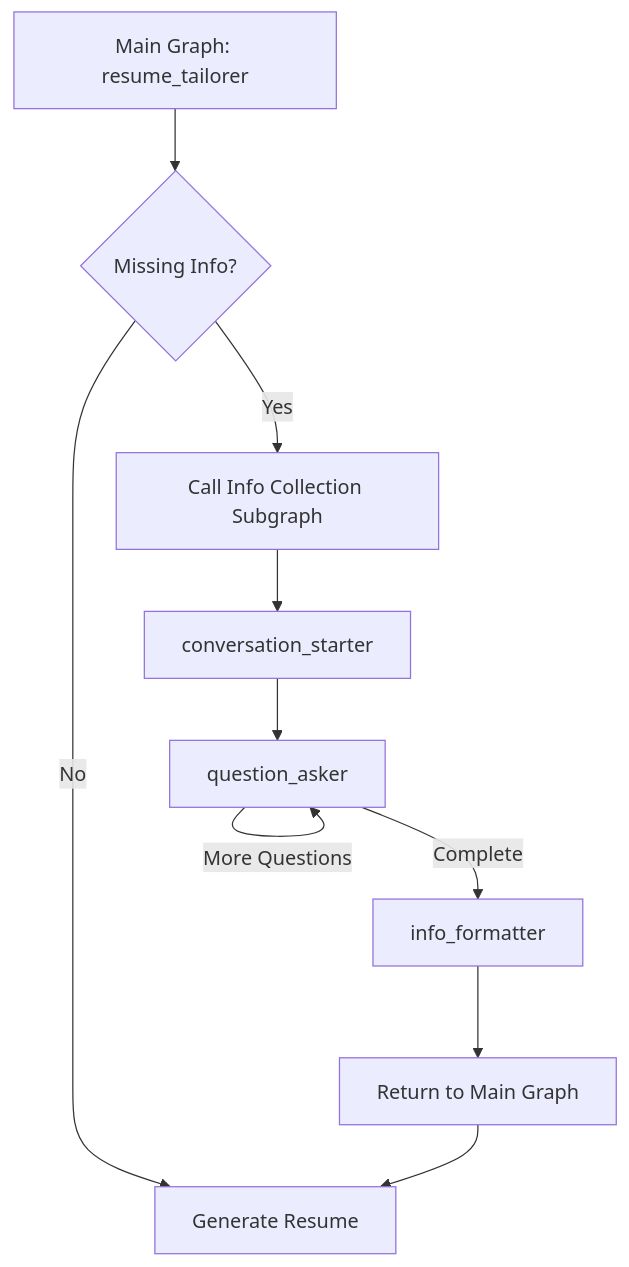
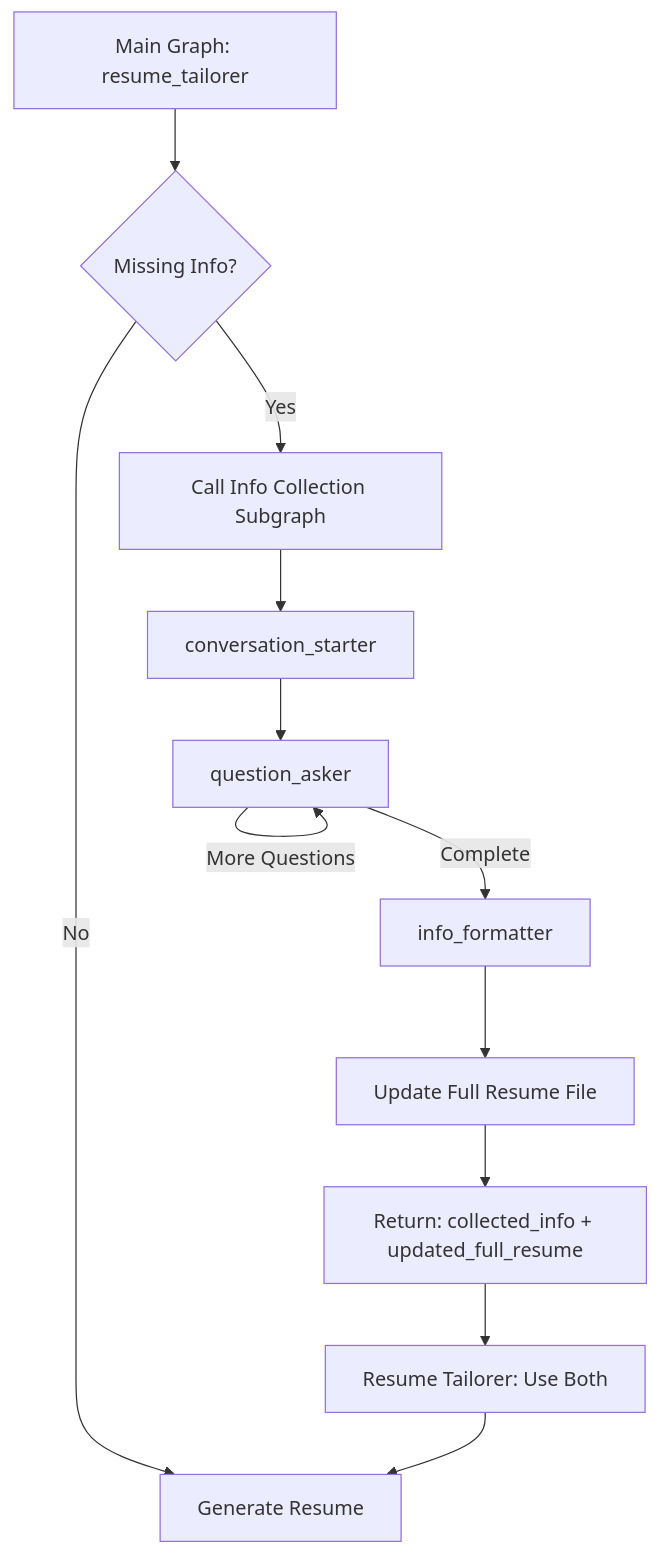
One commit to fjnoyp/resume_tailoring changed the diagram in docs/subgraph_architecture.md. Above: the diagram before and after it, drawn with Mermaid. The commit also changed other lines of this file and 8 other files, not shown here.

Commit message:
feat: refactor info collection to update full resume

````diff
--- a/docs/subgraph_architecture.md
+++ b/docs/subgraph_architecture.md
@@ -21,12 +21,14 @@
 ```mermaid
 graph TD
     A[Main Graph: resume_tailorer] --> B{Missing Info?}
     B -->|No| C[Generate Resume]
     B -->|Yes| D[Call Info Collection Subgraph]
     D --> E[conversation_starter]
     E --> F[question_asker]
     F -->|More Questions| F
     F -->|Complete| G[info_formatter]
-    G --> H[Return to Main Graph]
-    H --> C
+    G --> H[Update Full Resume File]
+    H --> I[Return: collected_info + updated_full_resume]
+    I --> J[Resume Tailorer: Use Both]
+    J --> C
 ```
````
